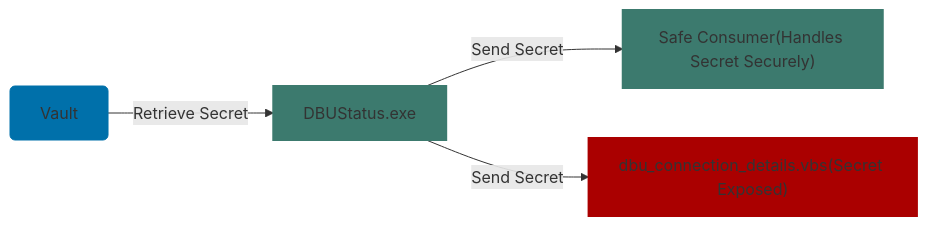
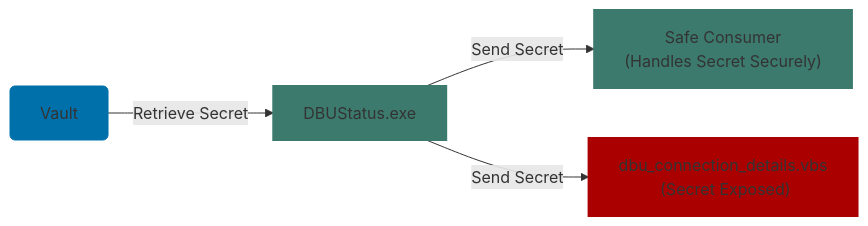
The diagram in _posts/2025-08-19-cve-2025-48709.md (CorvraLabs/corvra-labs-jekyll), drawn with Mermaid before and after one commit.

````diff
--- a/_posts/2025-08-19-cve-2025-48709.md
+++ b/_posts/2025-08-19-cve-2025-48709.md
@@ -73,18 +73,18 @@
-```mermaid
+<div class="mermaid">
 flowchart LR
     vault["Vault"]:::cyl
     retriever["DBUStatus.exe"]
-    safe_consumer["Safe Consumer(Handles Secret Securely)"]
-    leaky_consumer["dbu_connection_details.vbs(Secret Exposed)"]
+    safe_consumer["Safe Consumer<br/> (Handles Secret Securely)"]
+    leaky_consumer["dbu_connection_details.vbs<br/> (Secret Exposed)"]
 
     vault -->|Retrieve Secret| retriever
     retriever -->|Send Secret| safe_consumer
     retriever -->|Send Secret| leaky_consumer
 
     classDef leaky fill:#a00,stroke:#a00,stroke-width:2px;
     class leaky_consumer leaky;
     classDef cyl fill:#0070aa,stroke:#0070aa,stroke-width:1px,rx:5px,ry:5px;
     classDef normal fill:#3C7A6E,stroke:#3C7A6E,stroke-width:2px;
     class retriever normal;
     class safe_consumer normal;
-```
+</div>
````
